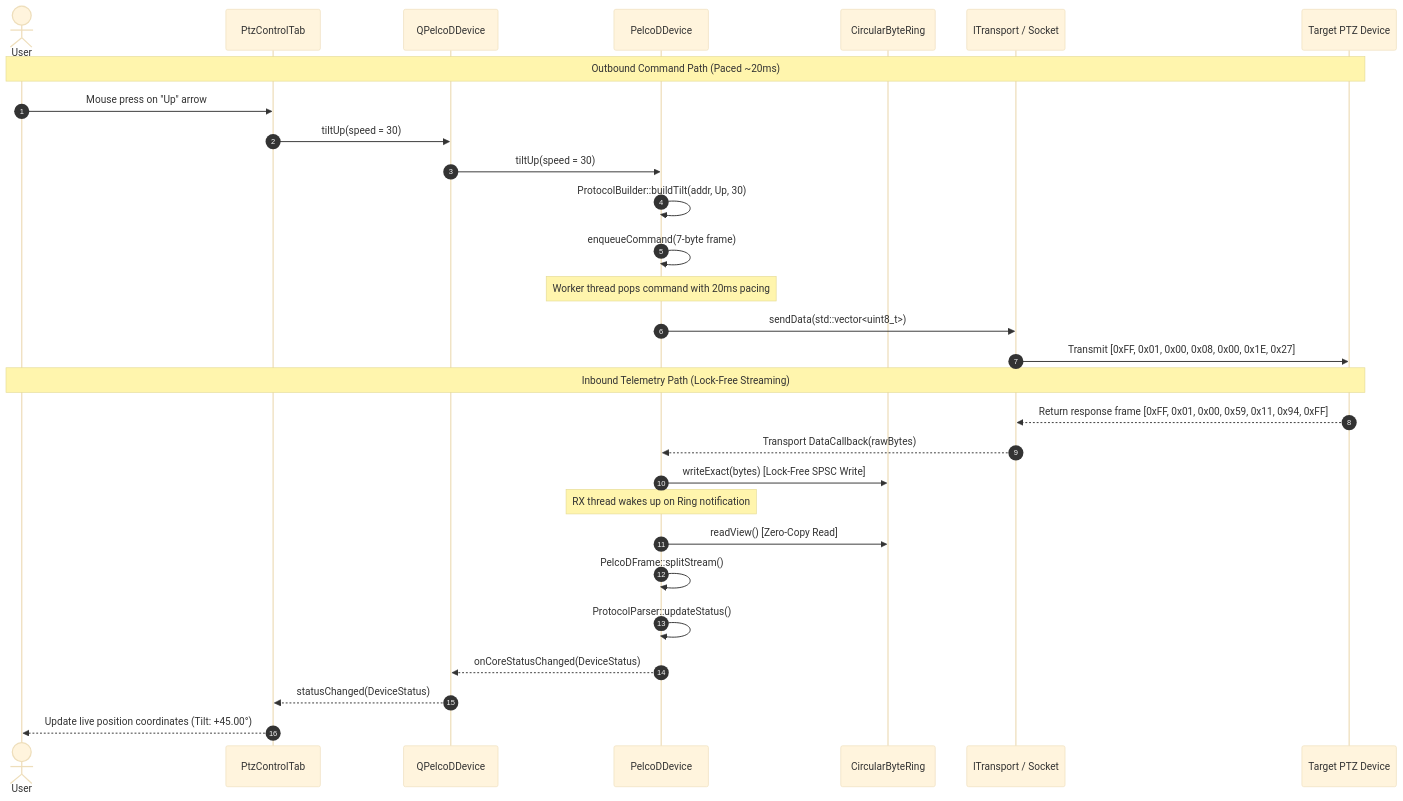
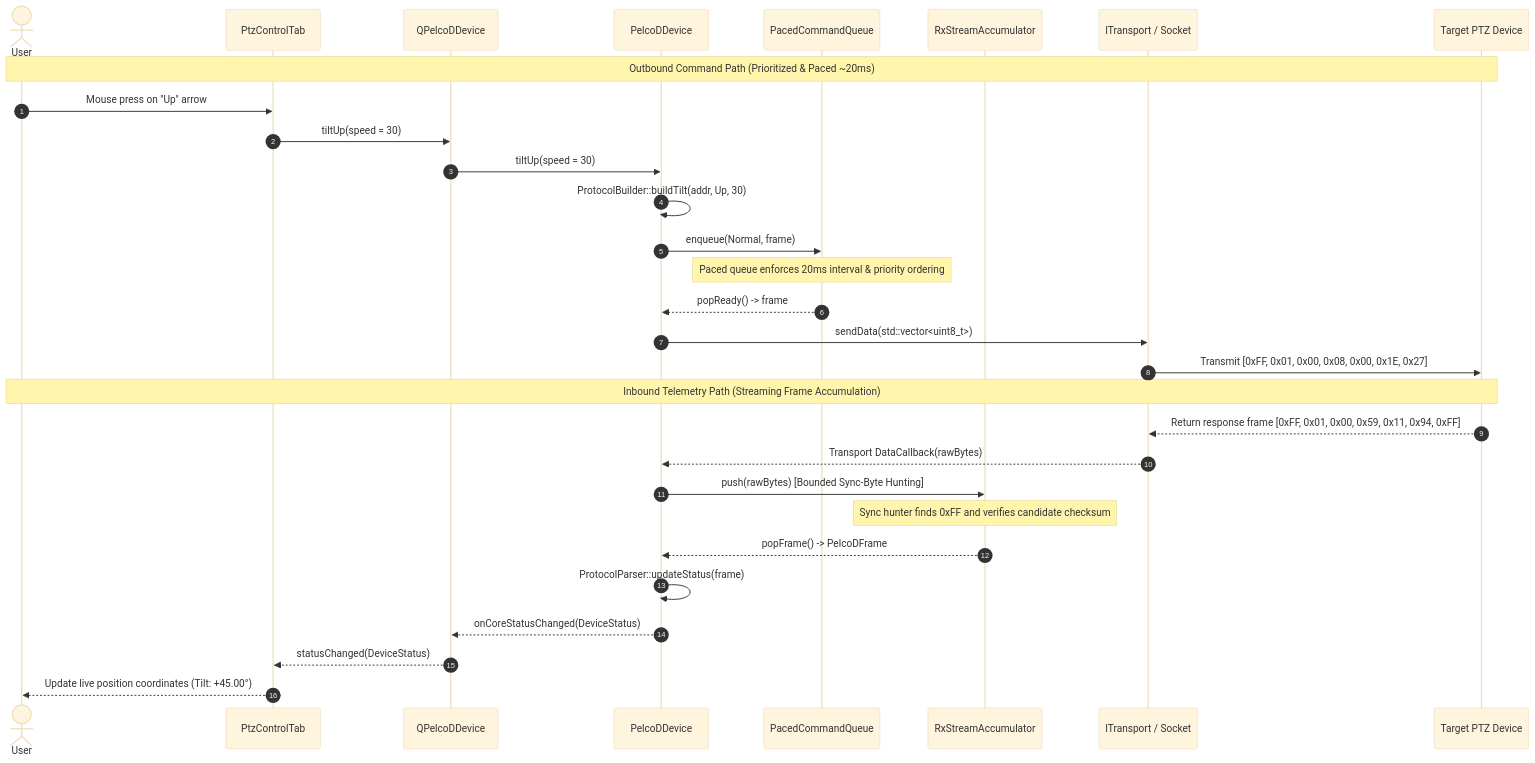
The eighth of 9 diagrams in docs/C4_Architecture.md (svagionitis/PelcoD-Controller), drawn with Mermaid (base theme) before and after one commit. The commit also changed other lines of this file, not shown here.

First line of the commit message:
docs(c4): synchronize ASCII architecture diagrams with Mermaid

````diff
--- a/docs/C4_Architecture.md
+++ b/docs/C4_Architecture.md
@@ -684,33 +745,34 @@
 ```mermaid
 sequenceDiagram
     autonumber
     actor User
     participant UI as PtzControlTab
     participant QDev as QPelcoDDevice
     participant Core as PelcoDDevice
-    participant Ring as CircularByteRing
+    participant Queue as PacedCommandQueue
+    participant Acc as RxStreamAccumulator
     participant Trans as ITransport / Socket
     participant Device as Target PTZ Device
 
-    Note over User,Device: Outbound Command Path (Paced ~20ms)
+    Note over User,Device: Outbound Command Path (Prioritized & Paced ~20ms)
     User->>UI: Mouse press on "Up" arrow
     UI->>QDev: tiltUp(speed = 30)
     QDev->>Core: tiltUp(speed = 30)
     Core->>Core: ProtocolBuilder::buildTilt(addr, Up, 30)
-    Core->>Core: enqueueCommand(7-byte frame)
-    Note over Core: Worker thread pops command with 20ms pacing
+    Core->>Queue: enqueue(Normal, frame)
+    Note over Queue: Paced queue enforces 20ms interval & priority ordering
+    Queue-->>Core: popReady() -> frame
     Core->>Trans: sendData(std::vector<uint8_t>)
     Trans->>Device: Transmit [0xFF, 0x01, 0x00, 0x08, 0x00, 0x1E, 0x27]
 
-    Note over User,Device: Inbound Telemetry Path (Lock-Free Streaming)
+    Note over User,Device: Inbound Telemetry Path (Streaming Frame Accumulation)
     Device-->>Trans: Return response frame [0xFF, 0x01, 0x00, 0x59, 0x11, 0x94, 0xFF]
     Trans-->>Core: Transport DataCallback(rawBytes)
-    Core->>Ring: writeExact(bytes) [Lock-Free SPSC Write]
-    Note over Core: RX thread wakes up on Ring notification
-    Core->>Ring: readView() [Zero-Copy Read]
-    Core->>Core: PelcoDFrame::splitStream()
-    Core->>Core: ProtocolParser::updateStatus()
+    Core->>Acc: push(rawBytes) [Bounded Sync-Byte Hunting]
+    Note over Acc: Sync hunter finds 0xFF and verifies candidate checksum
+    Acc-->>Core: popFrame() -> PelcoDFrame
+    Core->>Core: ProtocolParser::updateStatus(frame)
     Core-->>QDev: onCoreStatusChanged(DeviceStatus)
     QDev-->>UI: statusChanged(DeviceStatus)
     UI-->>User: Update live position coordinates (Tilt: +45.00°)
 ```
````
